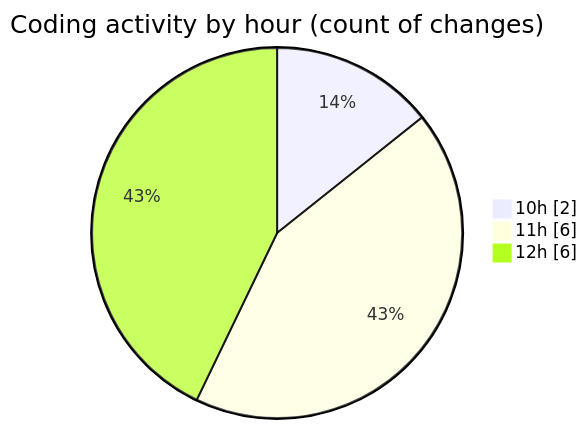
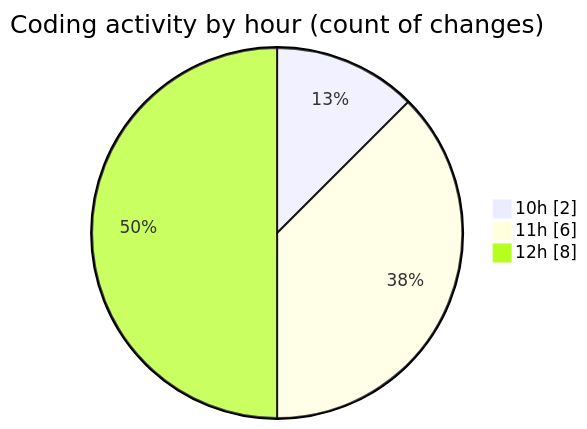
The second of 2 diagrams in 2025-10-22/eventscop-frontend-guide__workspace_/README.md (julien-gomy/code-tracking), drawn with Mermaid before and after one commit. The commit also changed other lines of this file and 1 other file, not shown here.

````diff
--- a/2025-10-22/eventscop-frontend-guide__workspace_/README.md
+++ b/2025-10-22/eventscop-frontend-guide__workspace_/README.md
@@ -32,7 +33,7 @@
 ```mermaid
 pie showData
 title Coding activity by hour (count of changes)
 "10h" : 2
 "11h" : 6
-"12h" : 6
+"12h" : 8
 ```
````
